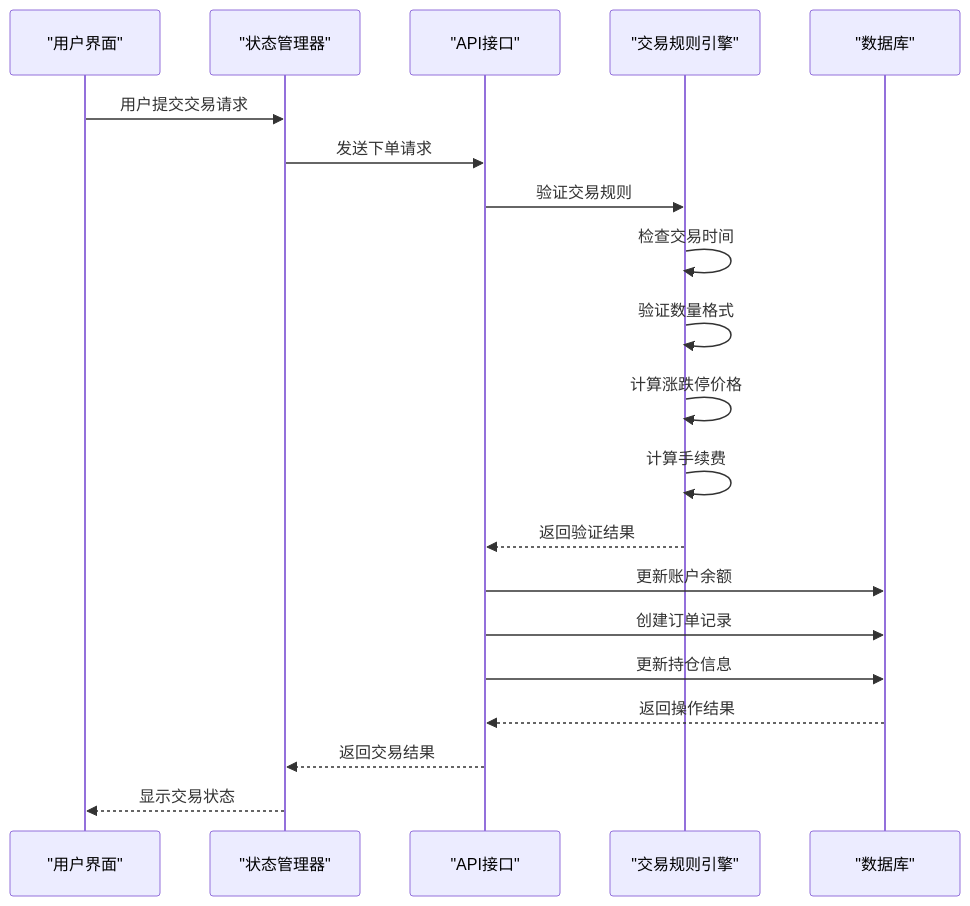
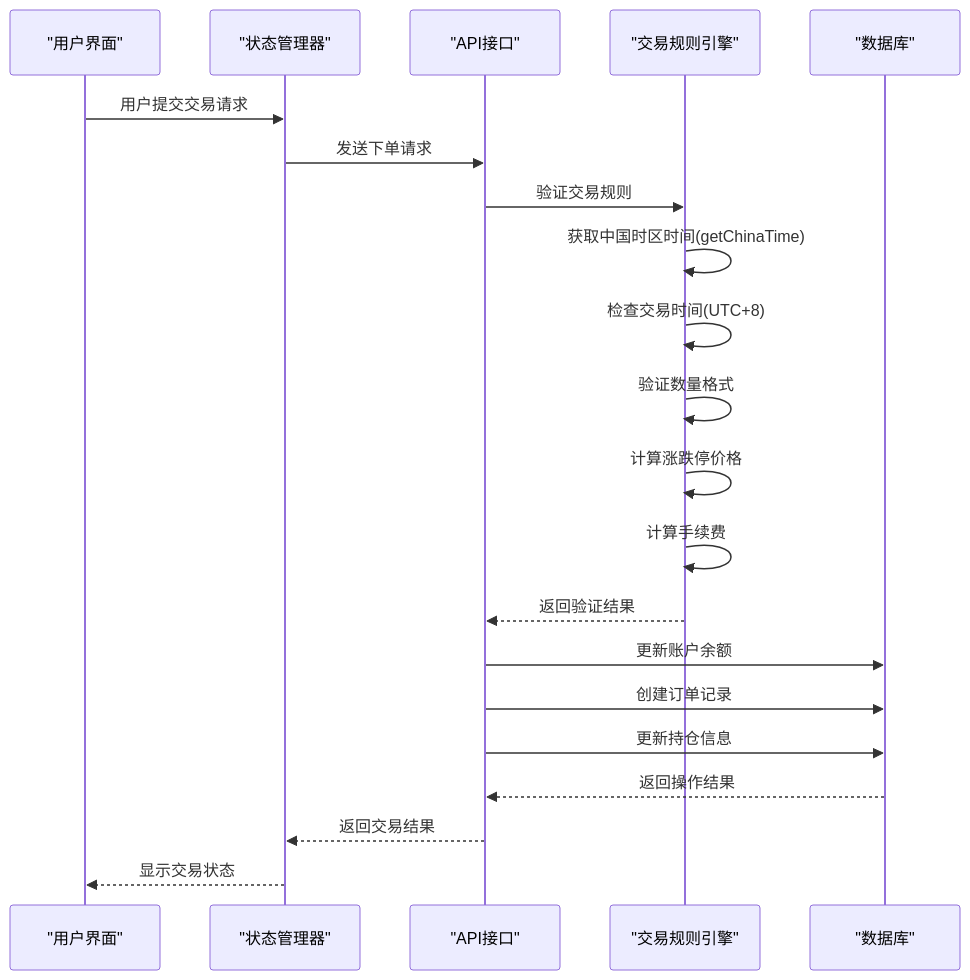
The second of 12 diagrams in .qoder/repowiki/zh/content/交易系统/交易规则引擎.md (javalittleman1/virtual-stock-trading), drawn with Mermaid before and after one commit. The commit also changed other lines of this file and 7 other files, not shown here.

````diff
--- a/.qoder/repowiki/zh/content/交易系统/交易规则引擎.md
+++ b/.qoder/repowiki/zh/content/交易系统/交易规则引擎.md
@@ -103,22 +113,23 @@
 ```mermaid
 sequenceDiagram
 participant UI as "用户界面"
 participant Store as "状态管理器"
 participant API as "API接口"
 participant Rules as "交易规则引擎"
 participant DB as "数据库"
 UI->>Store : 用户提交交易请求
 Store->>API : 发送下单请求
 API->>Rules : 验证交易规则
-Rules->>Rules : 检查交易时间
+Rules->>Rules : 获取中国时区时间(getChinaTime)
+Rules->>Rules : 检查交易时间(UTC+8)
 Rules->>Rules : 验证数量格式
 Rules->>Rules : 计算涨跌停价格
 Rules->>Rules : 计算手续费
 Rules-->>API : 返回验证结果
 API->>DB : 更新账户余额
 API->>DB : 创建订单记录
 API->>DB : 更新持仓信息
 DB-->>API : 返回操作结果
 API-->>Store : 返回交易结果
 Store-->>UI : 显示交易状态
 ```
````
